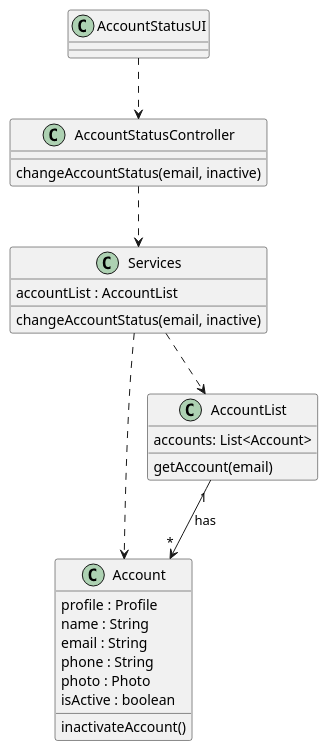
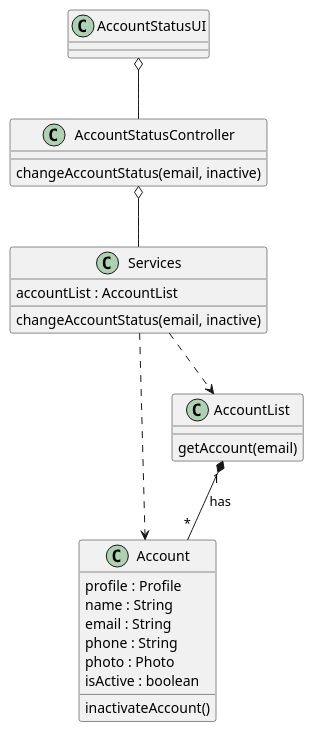
One commit to ivo-menezes/project_g3 changed the diagram in docs/modelling_design/user_stories/us005/US005_InactivateUserAccountCD.puml. Above: the diagram before and after it, drawn with PlantUML.

Commit message:
US005: Design: updated InactivateUserAccountCD

```diff
--- a/docs/modelling_design/user_stories/us005/US005_InactivateUserAccountCD.puml
+++ b/docs/modelling_design/user_stories/us005/US005_InactivateUserAccountCD.puml
@@ -1,36 +1,35 @@
 @startuml
 
 class AccountStatusUI {
 }
 
 class Account {
 profile : Profile
 name : String
 email : String
 phone : String
 photo : Photo
 isActive : boolean
 inactivateAccount()
 }
 
 class AccountStatusController {
 changeAccountStatus(email, inactive)
 }
 
 class Services {
 accountList : AccountList
 changeAccountStatus(email, inactive)
 }
 
 class "AccountList" {
-accounts: List<Account>
 getAccount(email)
 }
 
+AccountStatusUI o-- AccountStatusController
+AccountStatusController o-- Services
 Services ..> Account
 Services ..> "AccountList"
-AccountList "1" --> "*" Account : has
-AccountStatusController ..> Services
-AccountStatusUI ..> AccountStatusController
+AccountList "1" *-- "*" Account : has
 
 @enduml
```
